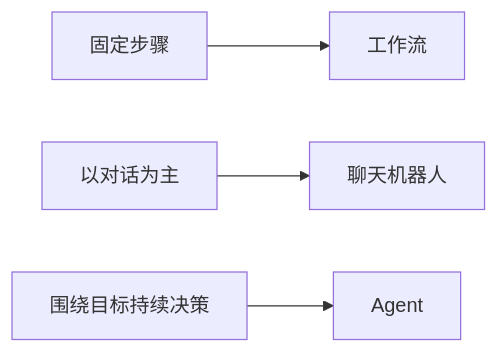
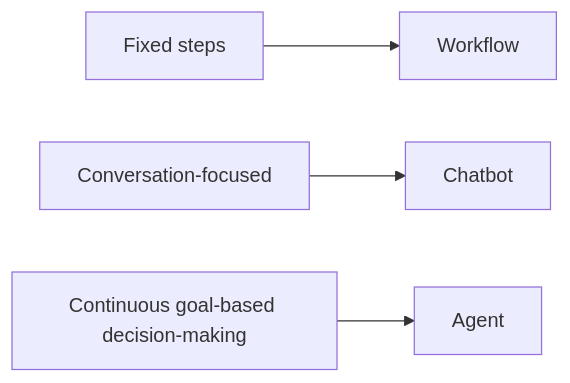
One commit to oudbiao/AI-fullstack-course changed the first of 3 diagrams in docs/ch09-agent/ch01-agent-basics/01-what-is-agent.md. Above: the diagram before and after it, drawn with Mermaid. The commit also changed other lines of this file and 1406 other files, not shown here.

````diff
--- a/docs/ch09-agent/ch01-agent-basics/01-what-is-agent.md
+++ b/docs/ch09-agent/ch01-agent-basics/01-what-is-agent.md
@@ -144,6 +144,6 @@
 ```mermaid
 flowchart LR
-    A["固定步骤"] --> B["工作流"]
-    C["以对话为主"] --> D["聊天机器人"]
-    E["围绕目标持续决策"] --> F["Agent"]
+    A["Fixed steps"] --> B["Workflow"]
+    C["Conversation-focused"] --> D["Chatbot"]
+    E["Continuous goal-based decision-making"] --> F["Agent"]
 ```
````
